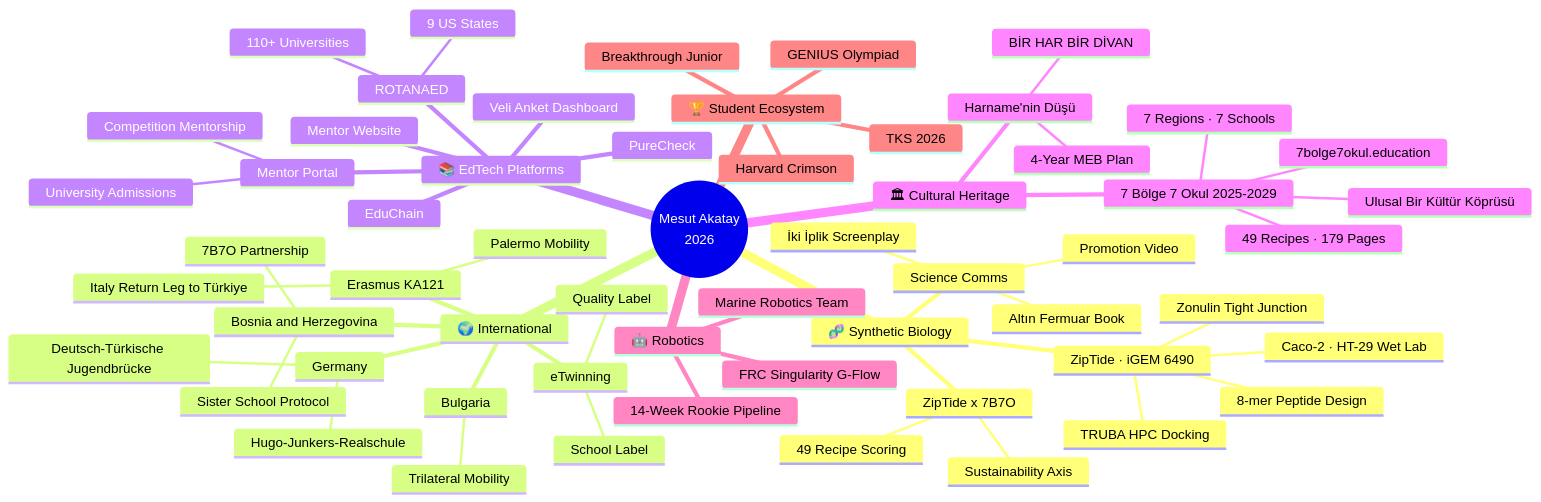
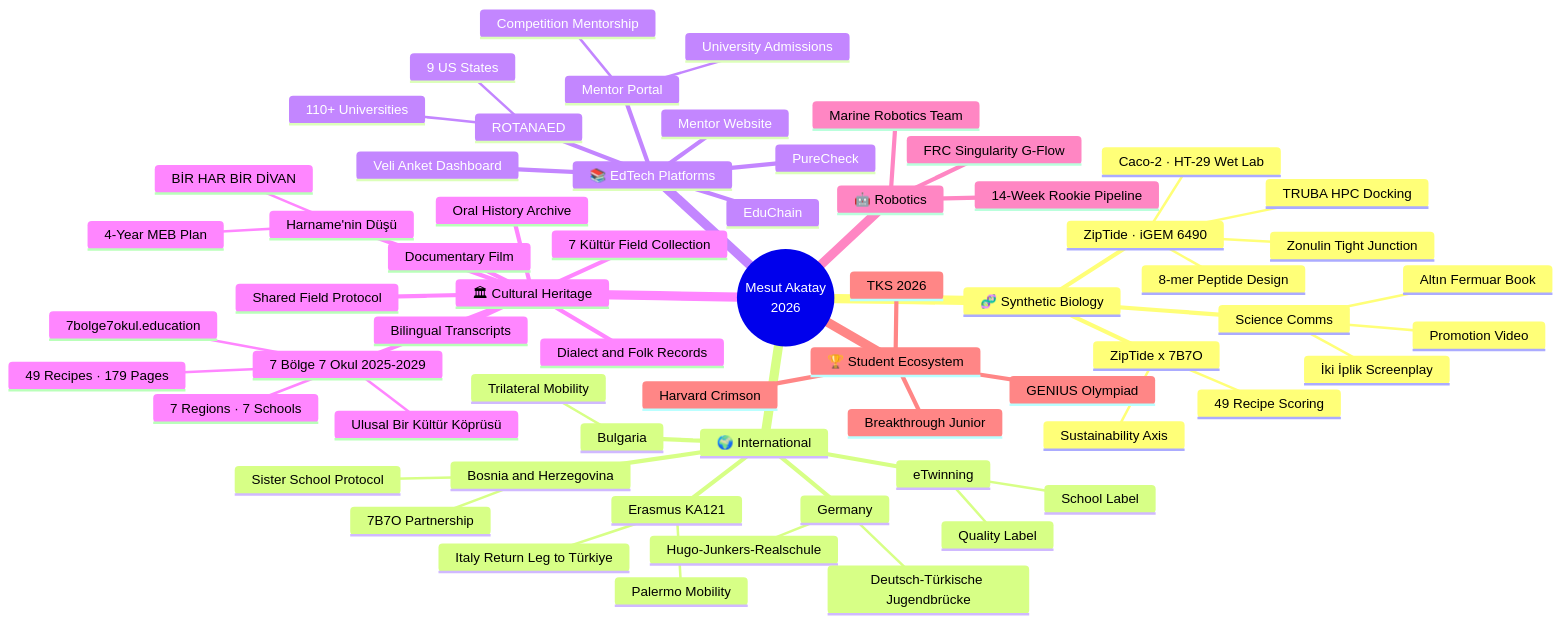
The first of 3 diagrams in README.md (ByX0000/ByX0000), drawn with Mermaid before and after one commit. The commit also changed other lines of this file, not shown here.

````diff
--- a/README.md
+++ b/README.md
@@ -116,61 +116,67 @@
 ```mermaid
 mindmap
   root((Mesut Akatay<br/>2026))
     🧬 Synthetic Biology
       ZipTide · iGEM 6490
         8-mer Peptide Design
         Zonulin Tight Junction
         Caco-2 · HT-29 Wet Lab
         TRUBA HPC Docking
       ZipTide x 7B7O
         49 Recipe Scoring
         Sustainability Axis
       Science Comms
         Altın Fermuar Book
         Promotion Video
         İki İplik Screenplay
     🌍 International
       Erasmus KA121
         Palermo Mobility
         Italy Return Leg to Türkiye
       Germany
         Hugo-Junkers-Realschule
         Deutsch-Türkische Jugendbrücke
       Bosnia and Herzegovina
         Sister School Protocol
         7B7O Partnership
       Bulgaria
         Trilateral Mobility
       eTwinning
         Quality Label
         School Label
     📚 EdTech Platforms
       Mentor Website
       Mentor Portal
         University Admissions
         Competition Mentorship
       ROTANAED
         110+ Universities
         9 US States
       EduChain
       Veli Anket Dashboard
       PureCheck
     🏛 Cultural Heritage
+        7 Kültür Field Collection
+        Shared Field Protocol
+        Oral History Archive
+        Dialect and Folk Records
+        Bilingual Transcripts
+        Documentary Film
       7 Bölge 7 Okul 2025-2029
         Ulusal Bir Kültür Köprüsü
         49 Recipes · 179 Pages
         7 Regions · 7 Schools
         7bolge7okul.education
       Harname'nin Düşü
         BİR HAR BİR DİVAN
         4-Year MEB Plan
     🤖 Robotics
       FRC Singularity G-Flow
       Marine Robotics Team
       14-Week Rookie Pipeline
     🏆 Student Ecosystem
       Harvard Crimson
       GENIUS Olympiad
       TKS 2026
       Breakthrough Junior
 ```
````
